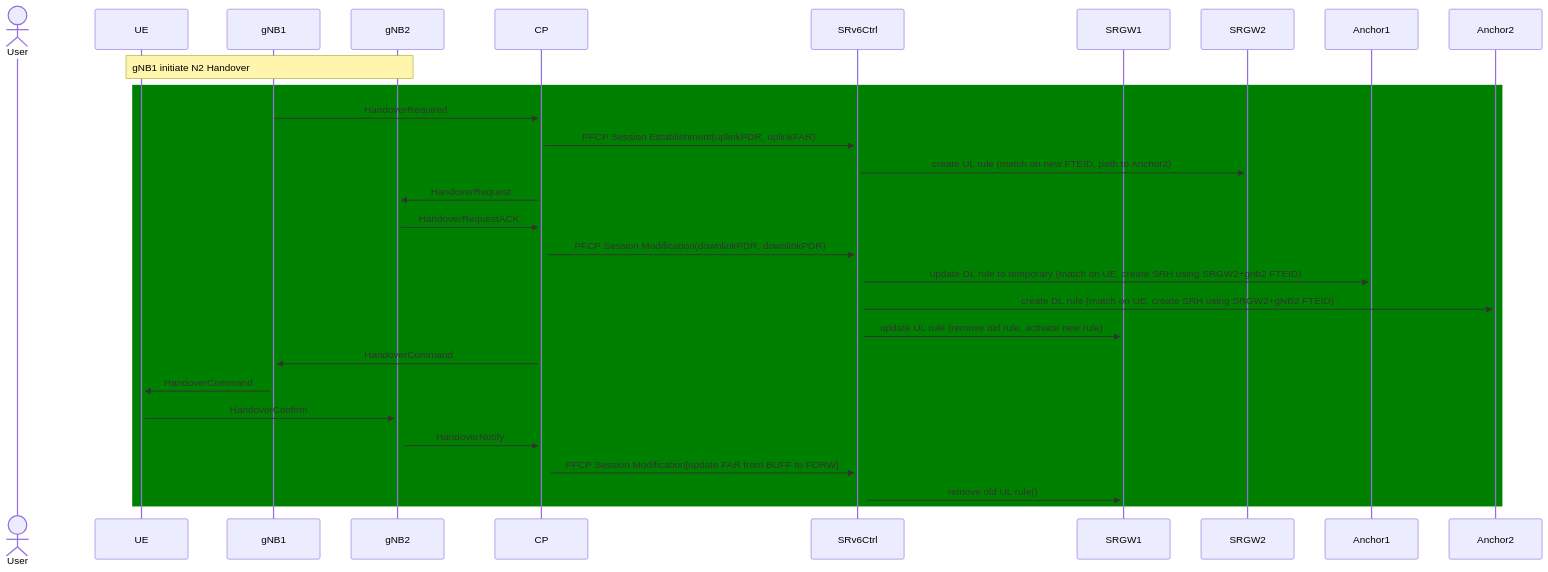
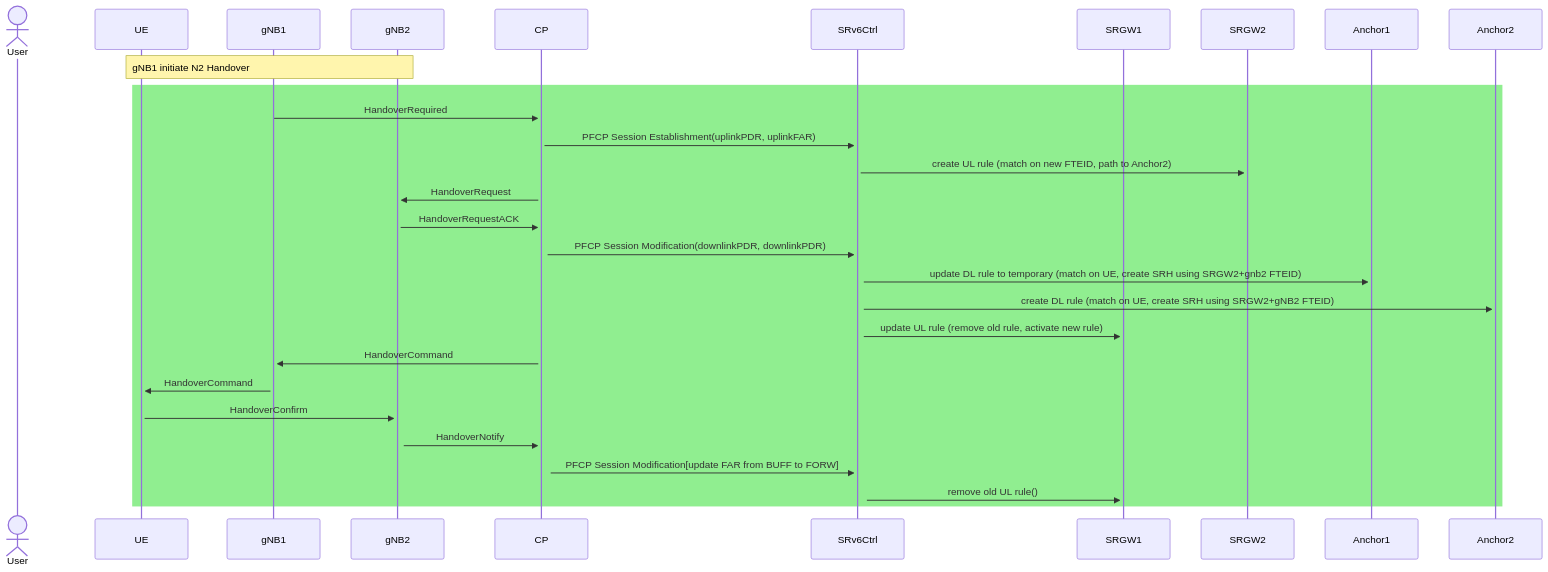
Before and after one commit to nextmn/testbed: the fifth of 5 diagrams in doc/nextmn-lite.md, drawn with Mermaid. The commit also changed other lines of this file, not shown here.

Commit message:
Update nextmn-lite.md (light colors)

````diff
--- a/doc/nextmn-lite.md
+++ b/doc/nextmn-lite.md
@@ -142,33 +142,33 @@
 ```mermaid
 %%{init: { 'sequence': {'noteAlign': 'left'} }}%%
 sequenceDiagram
 actor User
 participant UE
 participant gNB1
 participant gNB2
 participant CP
 participant SRv6Ctrl
 participant SRGW1
 participant SRGW2
 participant Anchor1
 participant Anchor2
 
 note over UE, gNB2: gNB1 initiate N2 Handover
-rect green
+rect LightGreen
     gNB1->>+CP: HandoverRequired
     CP->>+SRv6Ctrl: PFCP Session Establishment(uplinkPDR, uplinkFAR)
     SRv6Ctrl->>+SRGW2: create UL rule (match on new FTEID, path to Anchor2)
     CP->>+gNB2: HandoverRequest
     gNB2->>+CP: HandoverRequestACK
     CP->>+SRv6Ctrl: PFCP Session Modification(downlinkPDR, downlinkPDR)
     SRv6Ctrl->>+Anchor1: update DL rule to temporary (match on UE, create SRH using SRGW2+gnb2 FTEID)
     SRv6Ctrl->>+Anchor2: create DL rule (match on UE, create SRH using SRGW2+gNB2 FTEID)
     SRv6Ctrl->>+SRGW1: update UL rule (remove old rule, activate new rule)
     CP->>+gNB1: HandoverCommand
     gNB1->>+UE: HandoverCommand
     UE->>+gNB2: HandoverConfirm
     gNB2->>+CP: HandoverNotify
     CP->>+SRv6Ctrl: PFCP Session Modification[update FAR from BUFF to FORW]
     SRv6Ctrl->>+SRGW1: remove old UL rule()
 end
 ```
````
